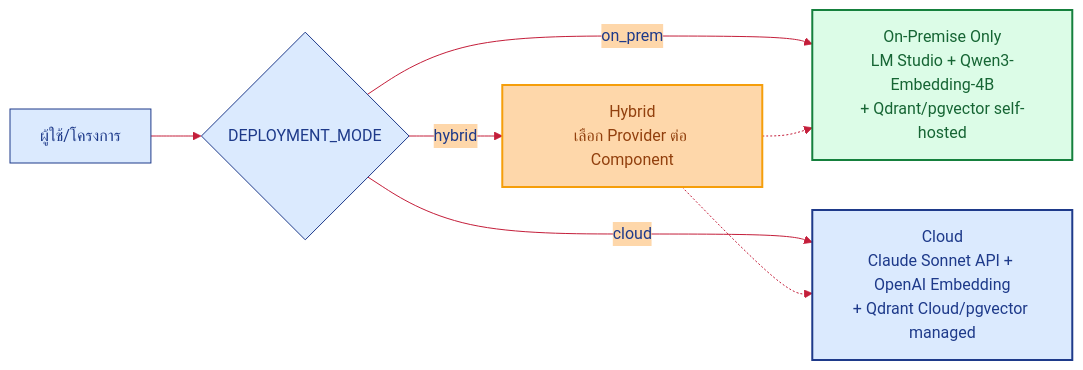
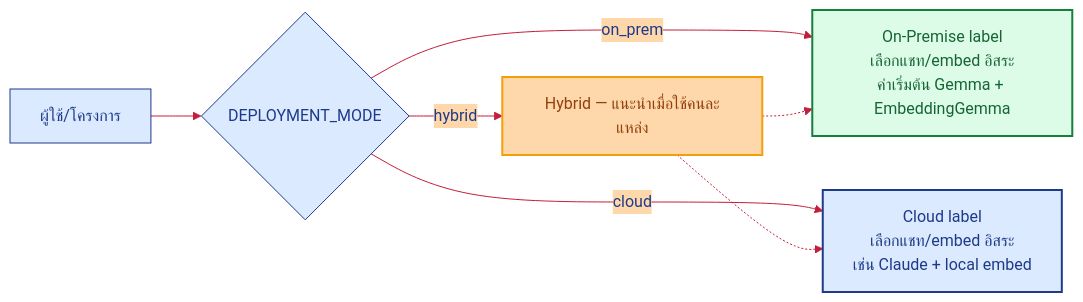
One commit to chiraleo2000/tor-generator changed the first of 14 diagrams in Discussions/12-HYBRID_ONPREM_CLOUD_LLM_ARCHITECTURE.md. Above: the diagram before and after it, drawn with Mermaid. The commit also changed other lines of this file and 123 other files, not shown here.

Commit message:
Keep chat and embedding providers independent, add owner-only knowledge-base uploads, and align docs plus GitHub Pages UX with the live v0.2 app.

````diff
--- a/Discussions/12-HYBRID_ONPREM_CLOUD_LLM_ARCHITECTURE.md
+++ b/Discussions/12-HYBRID_ONPREM_CLOUD_LLM_ARCHITECTURE.md
@@ -40,14 +42,14 @@
 ```mermaid
 %%{init: {'theme':'base', 'themeVariables': {'primaryColor':'#dbeafe','primaryTextColor':'#1e3a8a','primaryBorderColor':'#1e3a8a','lineColor':'#c41e3a','secondaryColor':'#fed7aa','secondaryTextColor':'#92400e','tertiaryColor':'#f9fafb'}}}%%
 flowchart LR
     Req["ผู้ใช้/โครงการ"] --> Mode{"DEPLOYMENT_MODE"}
-    Mode -->|on_prem| OP["On-Premise Only<br/>LM Studio + Qwen3-Embedding-4B<br/>+ Qdrant/pgvector self-hosted"]:::onprem
-    Mode -->|cloud| CL["Cloud<br/>Claude Sonnet API + OpenAI Embedding<br/>+ Qdrant Cloud/pgvector managed"]:::cloud
-    Mode -->|hybrid| HY["Hybrid<br/>เลือก Provider ต่อ Component"]:::hybrid
+    Mode -->|on_prem| OP["On-Premise label<br/>เลือกแชท/embed อิสระ<br/>ค่าเริ่มต้น Gemma + EmbeddingGemma"]:::onprem
+    Mode -->|cloud| CL["Cloud label<br/>เลือกแชท/embed อิสระ<br/>เช่น Claude + local embed"]:::cloud
+    Mode -->|hybrid| HY["Hybrid — แนะนำเมื่อใช้คนละแหล่ง"]:::hybrid
     HY -.-> OP
     HY -.-> CL
 
     classDef onprem fill:#dcfce7,stroke:#15803d,color:#166534,stroke-width:2px
     classDef cloud fill:#dbeafe,stroke:#1e3a8a,color:#1e3a8a,stroke-width:2px
     classDef hybrid fill:#fed7aa,stroke:#f59e0b,color:#92400e,stroke-width:2px
 ```
````
